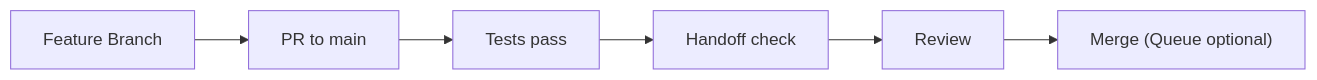
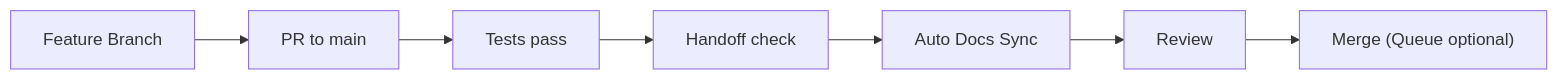
One commit to debian777/kairos-mcp changed the sixth of 8 diagrams in .qoder/repowiki/en/content/Contributing & Development.md. Above: the diagram before and after it, drawn with Mermaid. The commit also changed other lines of this file and 17 other files, not shown here.

````diff
--- a/.qoder/repowiki/en/content/Contributing & Development.md
+++ b/.qoder/repowiki/en/content/Contributing & Development.md
@@ -210,8 +248,9 @@
 ```mermaid
 flowchart LR
 A["Feature Branch"] --> B["PR to main"]
 B --> C["Tests pass"]
 C --> D["Handoff check"]
-D --> E["Review"]
-E --> F["Merge (Queue optional)"]
+D --> E["Auto Docs Sync"]
+E --> F["Review"]
+F --> G["Merge (Queue optional)"]
 ```
````
